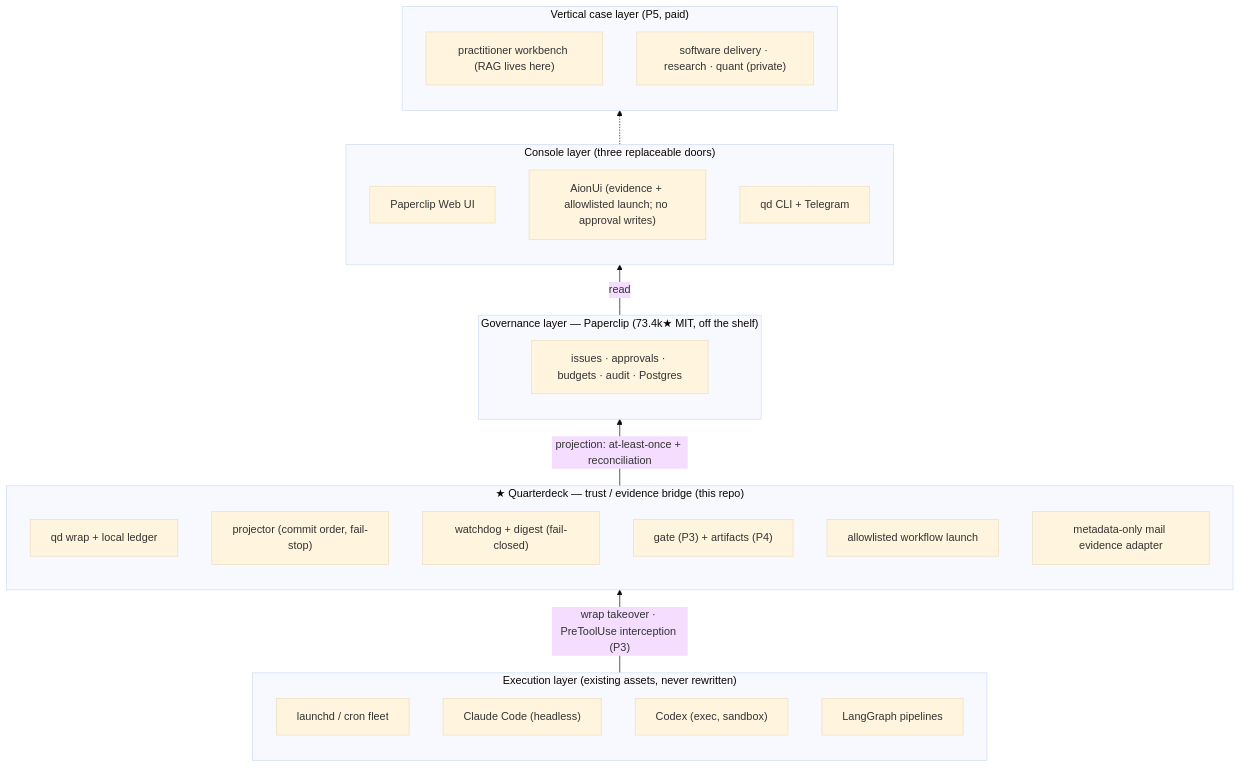
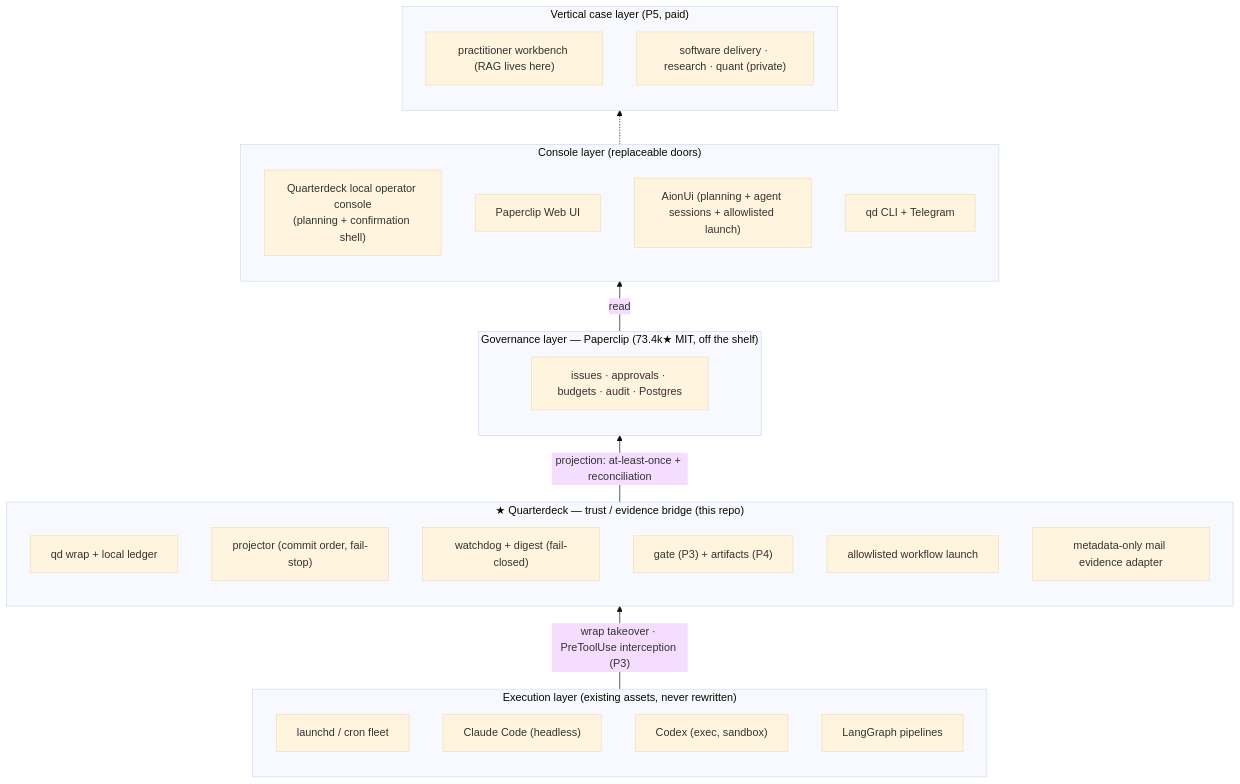
One commit to opswitness/opswitness changed the diagram in docs/ARCHITECTURE.md. Above: the diagram before and after it, drawn with Mermaid (base theme). The commit also changed other lines of this file and 34 other files, not shown here.

Commit message:
feat: add local operator console

````diff
--- a/docs/ARCHITECTURE.md
+++ b/docs/ARCHITECTURE.md
@@ -13,33 +14,34 @@
 ```mermaid
 flowchart BT
     subgraph E["Execution layer (existing assets, never rewritten)"]
         E1["launchd / cron fleet"]
         E2["Claude Code (headless)"]
         E3["Codex (exec, sandbox)"]
         E4["LangGraph pipelines"]
     end
     subgraph Q["★ Quarterdeck — trust / evidence bridge (this repo)"]
         Q1["qd wrap + local ledger"]
         Q2["projector (commit order, fail-stop)"]
         Q3["watchdog + digest (fail-closed)"]
         Q4["gate (P3) + artifacts (P4)"]
         Q5["allowlisted workflow launch"]
         Q6["metadata-only mail evidence adapter"]
     end
     subgraph P["Governance layer — Paperclip (73.4k★ MIT, off the shelf)"]
         P1["issues · approvals · budgets · audit · Postgres"]
     end
-    subgraph C["Console layer (three replaceable doors)"]
+    subgraph C["Console layer (replaceable doors)"]
+        C0["Quarterdeck local operator console<br/>(planning + confirmation shell)"]
         C1["Paperclip Web UI"]
-        C2["AionUi (evidence + allowlisted launch; no approval writes)"]
+        C2["AionUi (planning + agent sessions + allowlisted launch)"]
         C3["qd CLI + Telegram"]
     end
     subgraph V["Vertical case layer (P5, paid)"]
         V1["practitioner workbench (RAG lives here)"]
         V2["software delivery · research · quant (private)"]
     end
     E -->|"wrap takeover · PreToolUse interception (P3)"| Q
     Q -->|"projection: at-least-once + reconciliation"| P
     P -->|read| C
     C -.-> V
 ```
````
